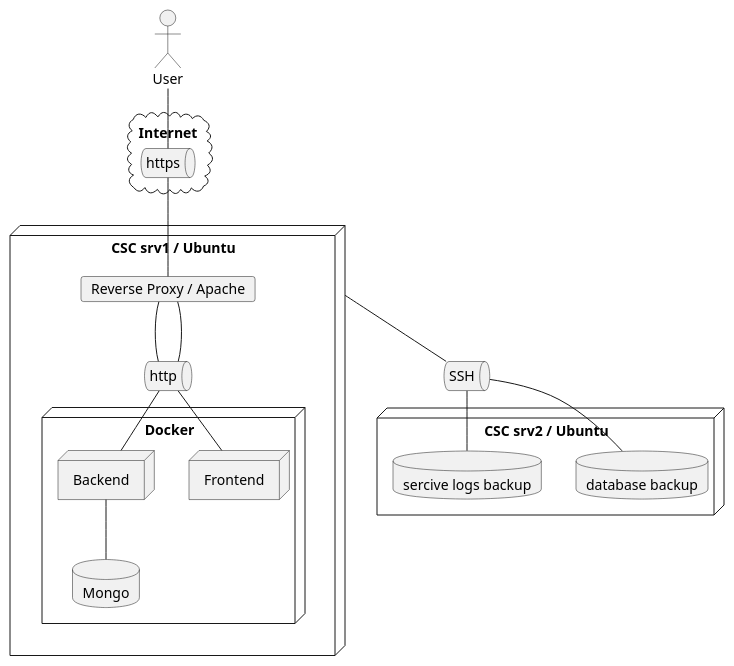
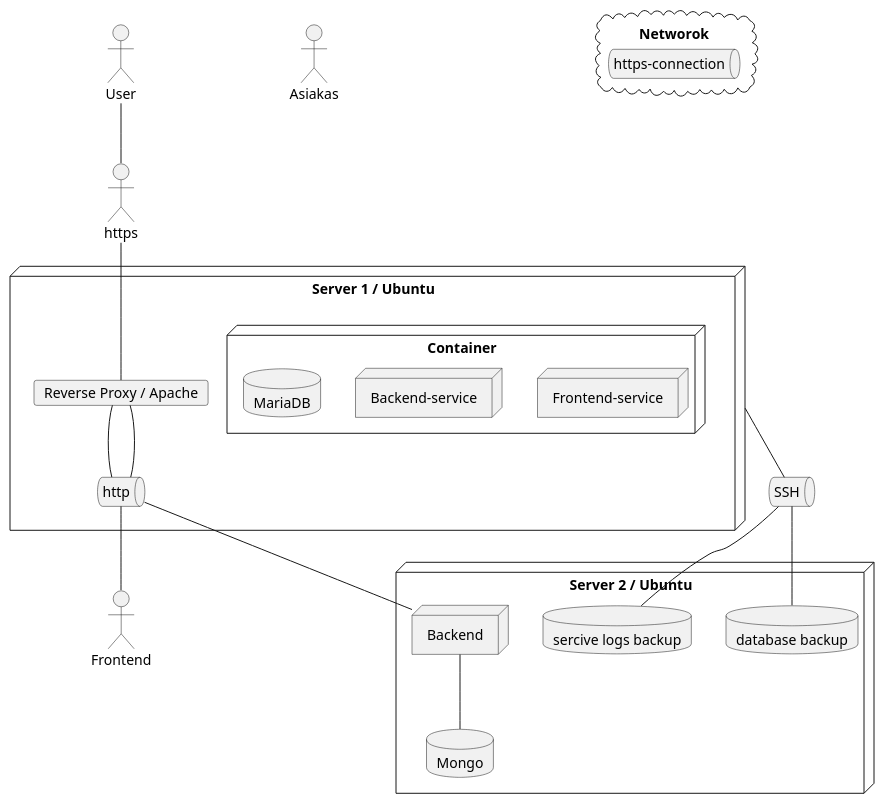
Before and after one commit to ninaleo/ransut-core: the fourth of 5 diagrams in dokumentit/20-Vaatimustenhallinta/vaatimusmaaritely-tiivis.md, drawn with PlantUML. The commit also changed other lines of this file, not shown here.

````diff
--- a/dokumentit/20-Vaatimustenhallinta/vaatimusmaaritely-tiivis.md
+++ b/dokumentit/20-Vaatimustenhallinta/vaatimusmaaritely-tiivis.md
@@ -259,47 +264,47 @@
 ```plantuml
 @startuml
-actor User
+actor Asiakas
 
-cloud "Internet" as net{
-queue "https"{
+cloud "Networok" as net{
+queue "https-connection"{
 }
 }
 
-node "CSC srv1 / Ubuntu" as csc {
+node "Server 1 / Ubuntu" as csc {
 queue http {
 }
-node Docker {
-node "Frontend" {
+node Container {
+node "Frontend-service" {
 }
-node "Backend" {
+node "Backend-service" {
 }
-database "Mongo" {
+database "MariaDB" {
 }
 }
 card "Reverse Proxy / Apache" as rpa {
 }
 }
 queue SSH {
 }
-node "CSC srv2 / Ubuntu" as csc2 {
+node "Server 2 / Ubuntu" as csc2 {
 database "database backup" as dbb {
 }
 database "sercive logs backup" as slb {
 }
 node "Backend" {
 }
 database "Mongo" {
 }
 }
 User -- https
 https -- rpa
 rpa -- http
 rpa -- http
 Backend -- Mongo
 http -- Backend
 http -- Frontend
 csc -- SSH
 SSH -- slb
 SSH -- dbb
 @enduml
 ```
````
